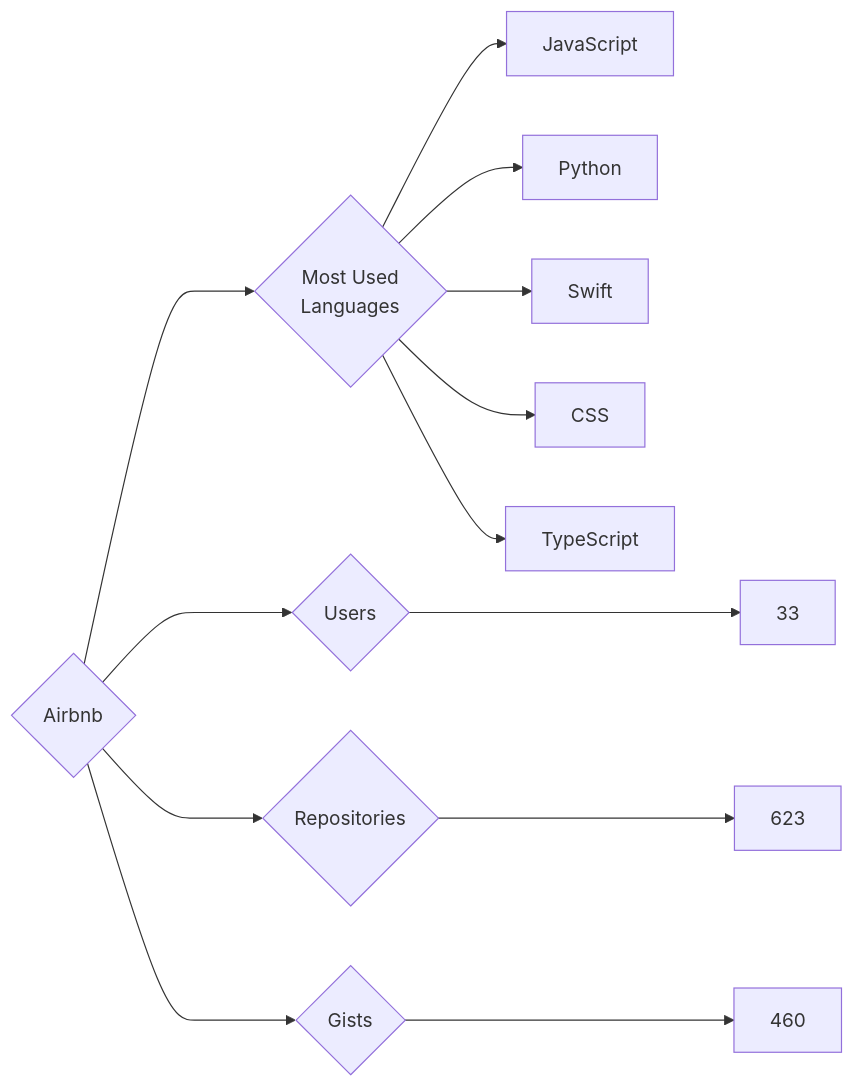
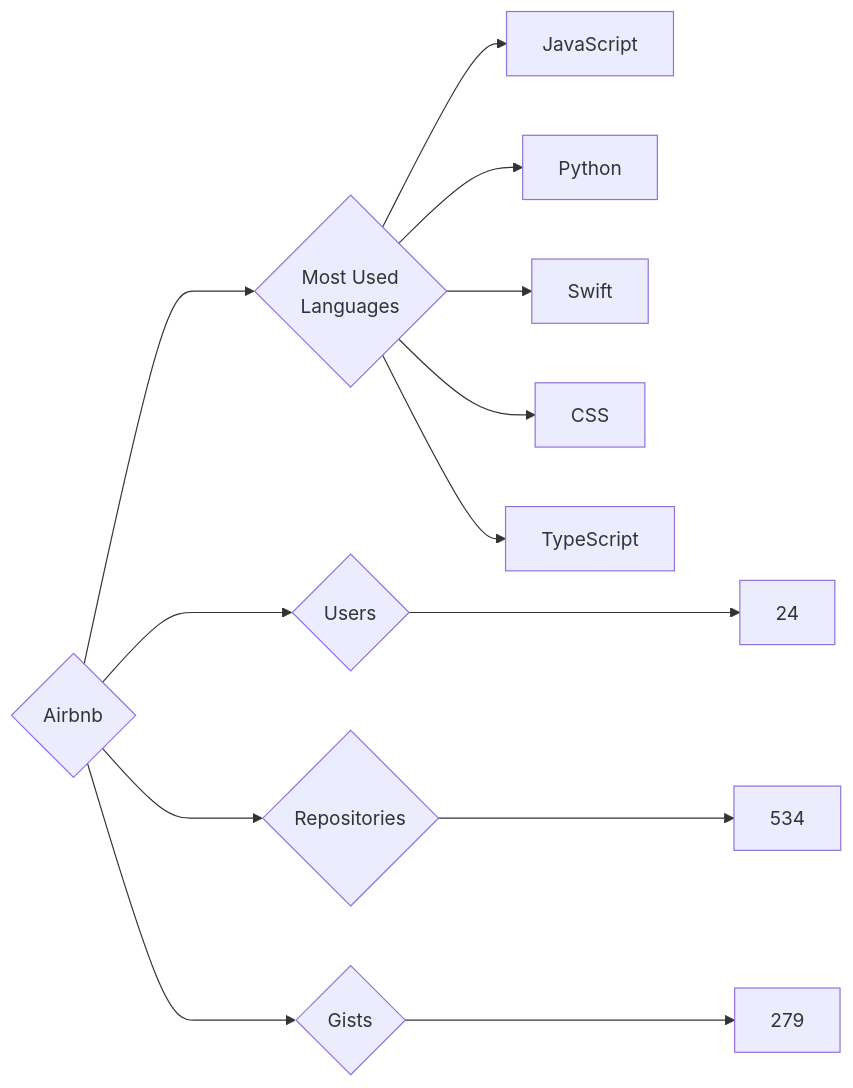
Before and after one commit to trickest/insiders: the diagram in targets/Airbnb/README.md, drawn with Mermaid. The commit also changed 749 other files, not shown here.

````diff
--- a/targets/Airbnb/README.md
+++ b/targets/Airbnb/README.md
@@ -3,13 +3,13 @@
 ```mermaid
 graph LR
 COMPANY_NAME{Airbnb}
-COMPANY_NAME ---> U{Users} ---> UN[33]
-COMPANY_NAME ---> R{Repositories} ---> RN[623]
-COMPANY_NAME ---> G{Gists} ---> GN[460]
+COMPANY_NAME ---> U{Users} ---> UN[24]
+COMPANY_NAME ---> R{Repositories} ---> RN[534]
+COMPANY_NAME ---> G{Gists} ---> GN[279]
 COMPANY_NAME ---> ML{Most Used<br>Languages}
 ML --> JavaScript[JavaScript]
 ML --> Python[Python]
 ML --> Swift[Swift]
 ML --> CSS[CSS]
 ML --> TypeScript[TypeScript]
 ```
````
